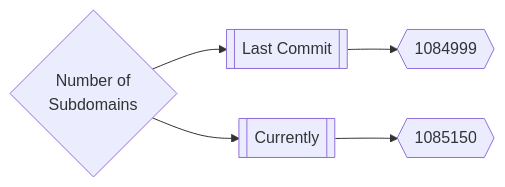
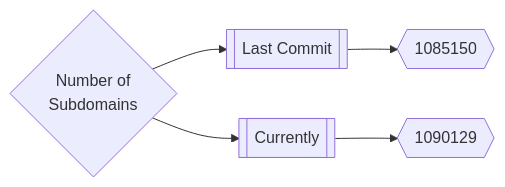
Before and after one commit to trickest/inventory: the first of 3 diagrams in README.md, drawn with Mermaid. The commit also changed other lines of this file and 114 other files, not shown here.

````diff
--- a/README.md
+++ b/README.md
@@ -165,5 +165,5 @@
 ```mermaid
 graph LR
-title{Number of<br>Subdomains} --> subdomainsDate1[[Last Commit]] --> subdomainsNum1{{1084999}}
-title --> subdomainsDate2[[Currently]] --> subdomainsNum2{{1085150}}
+title{Number of<br>Subdomains} --> subdomainsDate1[[Last Commit]] --> subdomainsNum1{{1085150}}
+title --> subdomainsDate2[[Currently]] --> subdomainsNum2{{1090129}}
 ```
````
